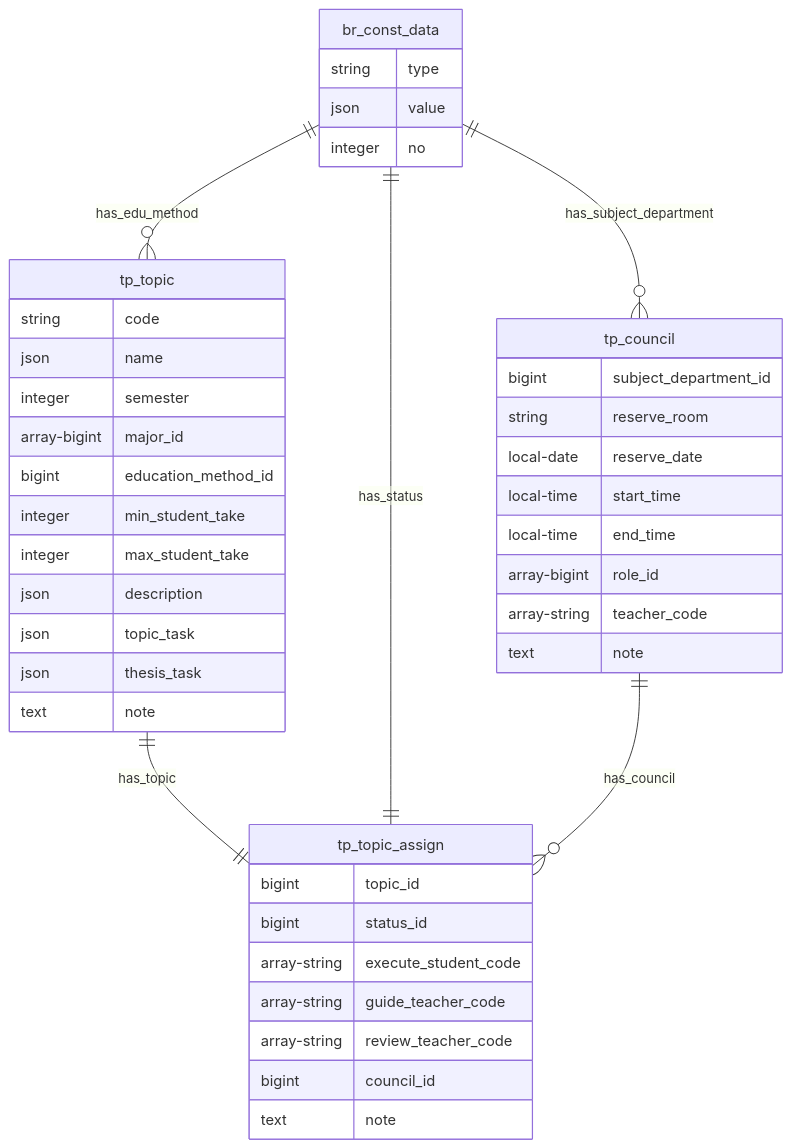
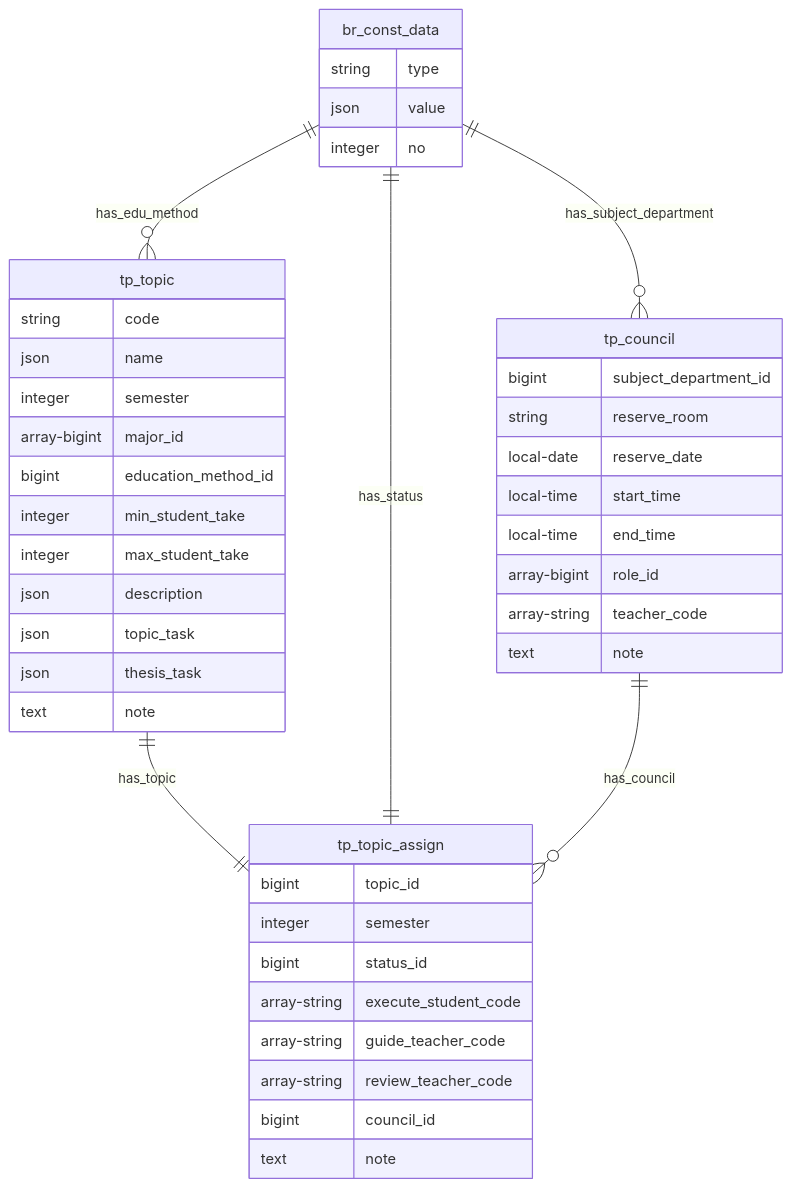
The diagram in report/src/chapter_5_achitechture_design/part_514_tp_group.md (datai999/thesis-document), drawn with Mermaid before and after one commit.

Commit message:
semester topic_assign diagram

````diff
--- a/report/src/chapter_5_achitechture_design/part_514_tp_group.md
+++ b/report/src/chapter_5_achitechture_design/part_514_tp_group.md
@@ -3,45 +3,46 @@
 ```mermaid
 erDiagram
     br_const_data {
         string type
         json value
         integer no
     }
     tp_topic {
         string code
         json name
         integer semester
         array-bigint major_id
         bigint education_method_id
         integer min_student_take
         integer max_student_take
         json description
         json topic_task
         json thesis_task
         text note
     }
     tp_council {
       bigint subject_department_id
       string reserve_room
       local-date reserve_date
       local-time start_time
       local-time end_time
       array-bigint role_id
       array-string teacher_code
       text note
     }
     tp_topic_assign {
       bigint topic_id
+      integer semester
       bigint status_id
       array-string execute_student_code
       array-string guide_teacher_code
       array-string review_teacher_code
       bigint council_id
       text note
     }
     br_const_data ||--o{ tp_topic : has_edu_method
     br_const_data ||--o{ tp_council : has_subject_department
     tp_topic ||--|| tp_topic_assign : has_topic
     br_const_data ||--|| tp_topic_assign : has_status
     tp_council ||--o{ tp_topic_assign : has_council
 ```
````
